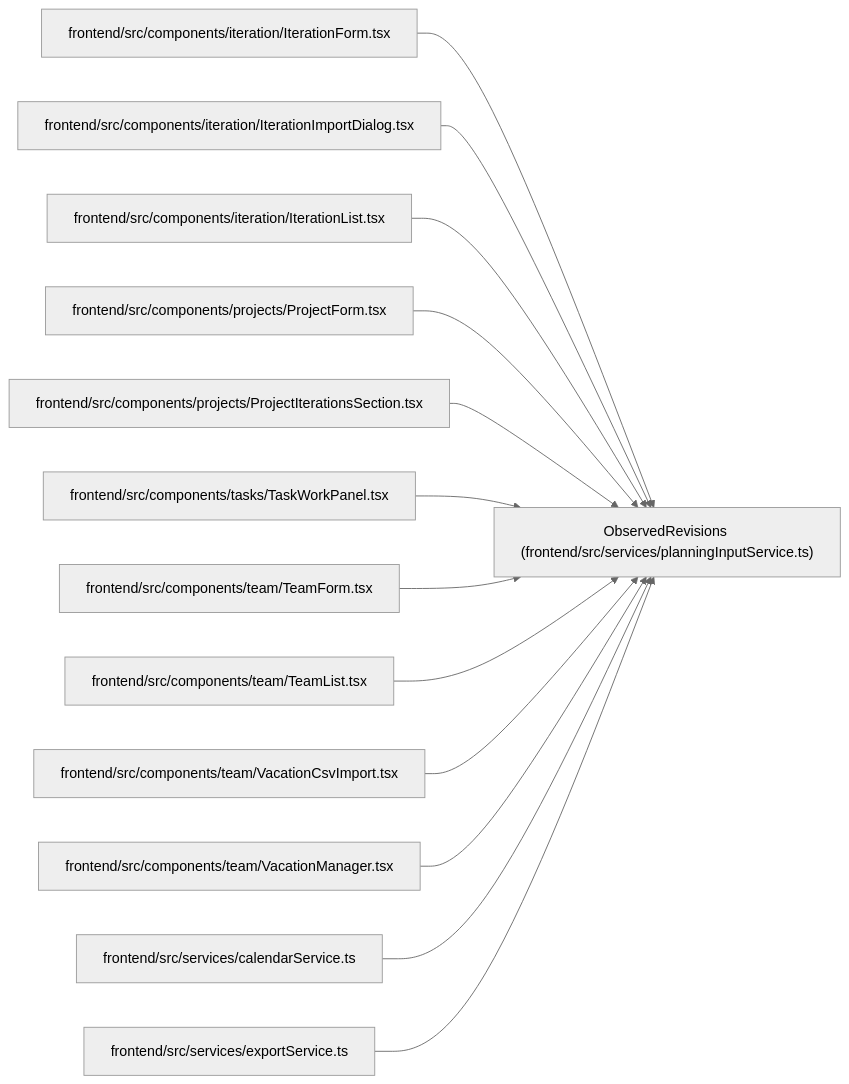
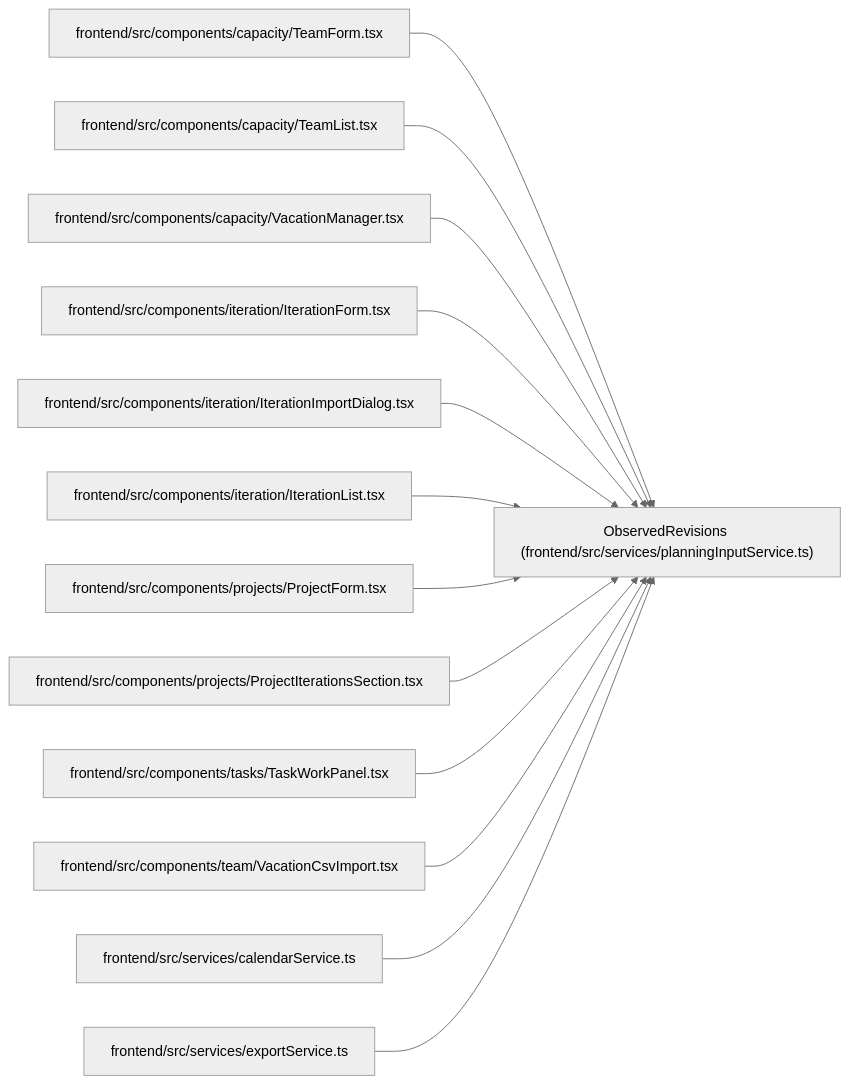
The diagram in docs/llm_wiki/entities/ObservedRevisions.md (Denissvgn/WorkChord), drawn with Mermaid (neutral theme) before and after one commit. The commit also changed 2373 other files, not shown here.

````diff
--- a/docs/llm_wiki/entities/ObservedRevisions.md
+++ b/docs/llm_wiki/entities/ObservedRevisions.md
@@ -28,41 +28,41 @@
 ```mermaid
 flowchart LR
     n0["ObservedRevisions (frontend/src/services/planningInputService.ts)"]
-    n1["frontend/src/components/iteration/IterationForm.tsx"]
-    n2["frontend/src/components/iteration/IterationImportDialog.tsx"]
-    n3["frontend/src/components/iteration/IterationList.tsx"]
-    n4["frontend/src/components/projects/ProjectForm.tsx"]
-    n5["frontend/src/components/projects/ProjectIterationsSection.tsx"]
-    n6["frontend/src/components/tasks/TaskWorkPanel.tsx"]
-    n7["frontend/src/components/team/TeamForm.tsx"]
-    n8["frontend/src/components/team/TeamList.tsx"]
-    n9["frontend/src/components/team/VacationCsvImport.tsx"]
-    n10["frontend/src/components/team/VacationManager.tsx"]
+    n1["frontend/src/components/capacity/TeamForm.tsx"]
+    n2["frontend/src/components/capacity/TeamList.tsx"]
+    n3["frontend/src/components/capacity/VacationManager.tsx"]
+    n4["frontend/src/components/iteration/IterationForm.tsx"]
+    n5["frontend/src/components/iteration/IterationImportDialog.tsx"]
+    n6["frontend/src/components/iteration/IterationList.tsx"]
+    n7["frontend/src/components/projects/ProjectForm.tsx"]
+    n8["frontend/src/components/projects/ProjectIterationsSection.tsx"]
+    n9["frontend/src/components/tasks/TaskWorkPanel.tsx"]
+    n10["frontend/src/components/team/VacationCsvImport.tsx"]
     n11["frontend/src/services/calendarService.ts"]
     n12["frontend/src/services/exportService.ts"]
     n1 --> n0
     n2 --> n0
     n3 --> n0
     n4 --> n0
     n5 --> n0
     n6 --> n0
     n7 --> n0
     n8 --> n0
     n9 --> n0
     n10 --> n0
     n11 --> n0
     n12 --> n0
     click n0 "../modules/planningInputService.md"
-    click n1 "../modules/IterationForm.md"
-    click n2 "../modules/IterationImportDialog.md"
-    click n3 "../modules/IterationList.md"
-    click n4 "../modules/ProjectForm.md"
-    click n5 "../modules/ProjectIterationsSection.md"
-    click n6 "../modules/TaskWorkPanel.md"
-    click n7 "../modules/TeamForm.md"
-    click n8 "../modules/TeamList.md"
-    click n9 "../modules/VacationCsvImport.md"
-    click n10 "../modules/VacationManager.md"
+    click n1 "../modules/TeamForm.md"
+    click n2 "../modules/TeamList.md"
+    click n3 "../modules/VacationManager.md"
+    click n4 "../modules/IterationForm.md"
+    click n5 "../modules/IterationImportDialog.md"
+    click n6 "../modules/IterationList.md"
+    click n7 "../modules/ProjectForm.md"
+    click n8 "../modules/ProjectIterationsSection.md"
+    click n9 "../modules/TaskWorkPanel.md"
+    click n10 "../modules/VacationCsvImport.md"
     click n11 "../modules/calendarService.md"
     click n12 "../modules/exportService.md"
 ```
````
